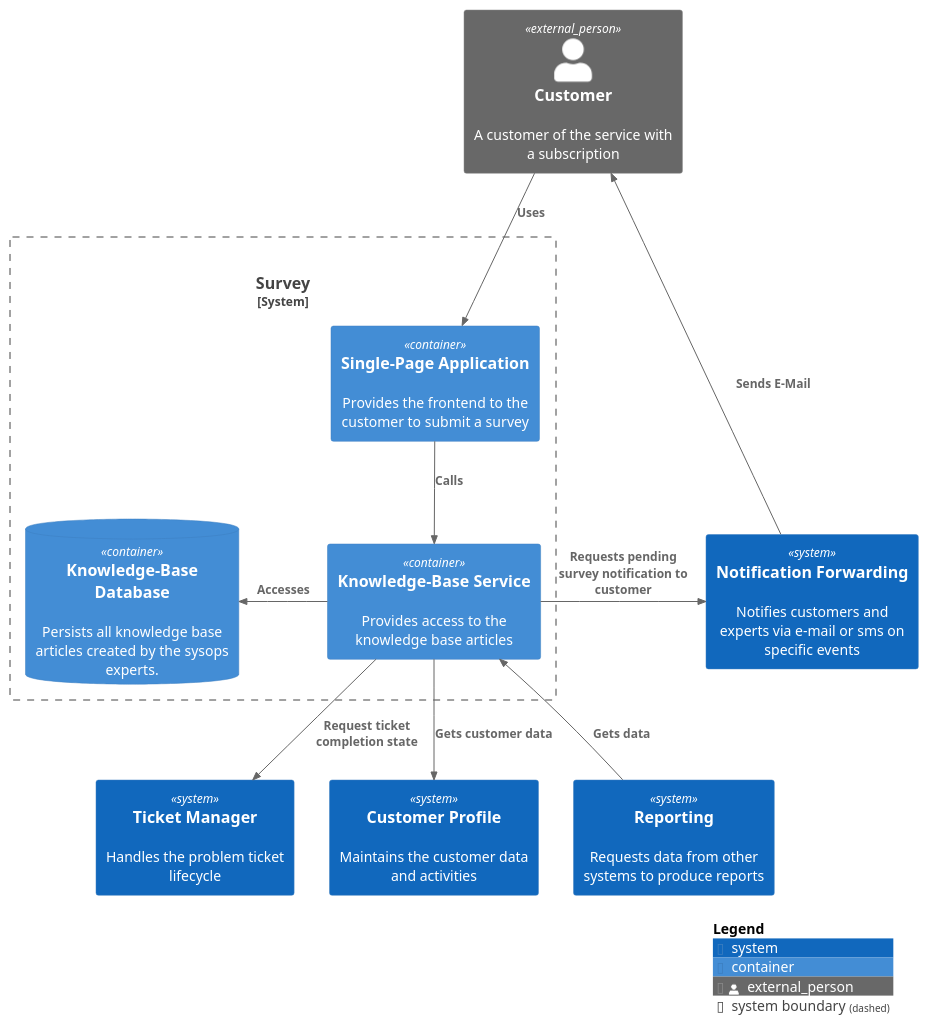
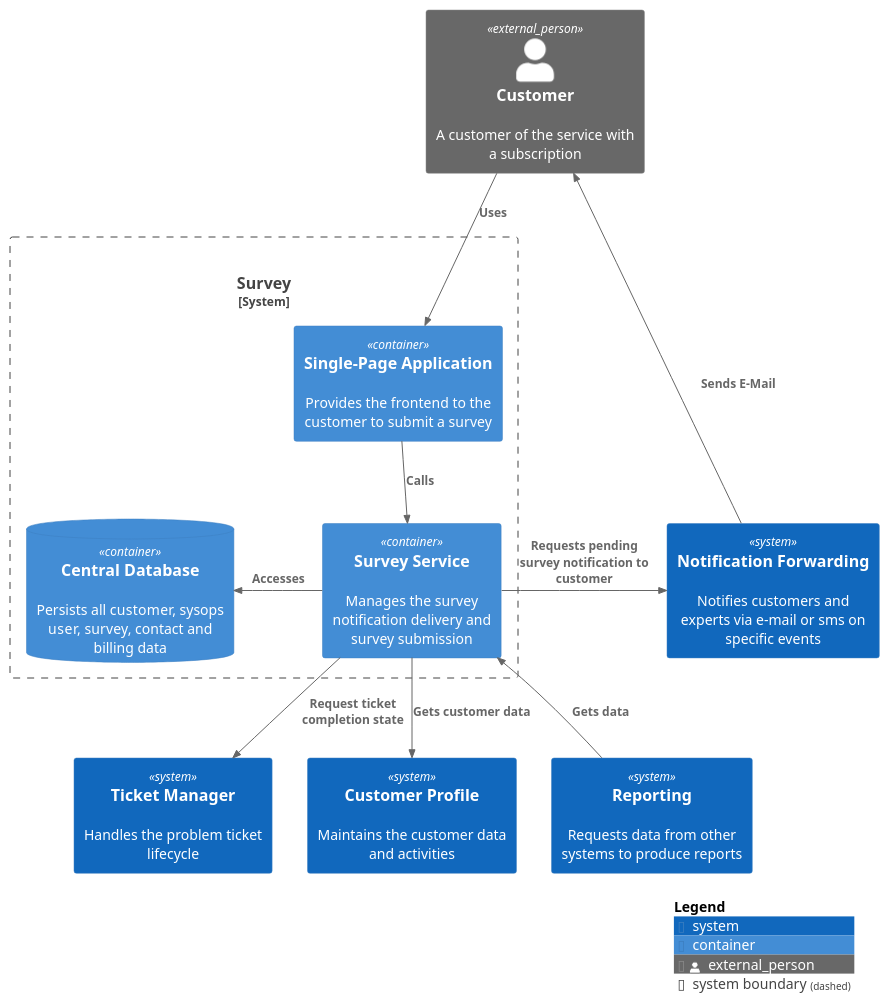
Before and after one commit to gantonopoulos/ganymed: the diagram in Doc/Diagrams/2. Containers/SurveySystem/SurveySystem.md, drawn with PlantUML. The commit also changed 1 other file, not shown here.

Commit message:
Corrects the survey system diagram

````diff
--- a/Doc/Diagrams/2. Containers/SurveySystem/SurveySystem.md
+++ b/Doc/Diagrams/2. Containers/SurveySystem/SurveySystem.md
@@ -3,32 +3,33 @@
 ```plantuml
 
 @startuml 
 !includeurl https://raw.githubusercontent.com/plantuml-stdlib/C4-PlantUML/v2.2.0/C4_Context.puml
 !includeurl https://raw.githubusercontent.com/plantuml-stdlib/C4-PlantUML/v2.2.0/C4_Container.puml
 !includeurl https://raw.githubusercontent.com/plantuml-stdlib/C4-PlantUML/v2.2.0/C4_Component.puml
 
 Person_Ext(customer, "Customer", "A customer of the service with a subscription")
 
 System(ticketManagement, "Ticket Manager", "Handles the problem ticket lifecycle")
 System(notificationForwarding, "Notification Forwarding", "Notifies customers and experts via e-mail or sms on specific events")
 System(customerProfile,"Customer Profile", "Maintains the customer data and activities")
 System(reporting, "Reporting","Requests data from other systems to produce reports")
 
 System_Boundary(surveySystem,"Survey"){
-    Container(knowledgeBaseManager, "Knowledge-Base Service", "", "Provides access to the knowledge base articles")
-    ContainerDb(knowledgeBaseDb, "Knowledge-Base Database", "", "Persists all knowledge base articles created by the sysops experts.")
+    Container(surveyManager, "Survey Service", "", "Manages the survey notification delivery and survey submission")
+    ContainerDb(centralDb, "Central Database", "", "Persists all customer, sysops user, survey, contact and billing data")
     Container(userApp, "Single-Page Application", "", "Provides the frontend to the customer to submit a survey")
 }
 
 Rel_D(customer, userApp, "Uses")
-Rel_D(userApp, knowledgeBaseManager, "Calls")
-Rel_L(knowledgeBaseManager, knowledgeBaseDb, "Accesses")
-Rel_D(knowledgeBaseManager, customerProfile, "Gets customer data")
-Rel_U(reporting, knowledgeBaseManager, "Gets data")
-Rel_D(knowledgeBaseManager, ticketManagement, "Request ticket completion state")
-Rel_R(knowledgeBaseManager, notificationForwarding, "Requests pending survey notification to customer")
+Rel_D(userApp, surveyManager, "Calls")
+Rel_L(surveyManager, centralDb, "Accesses")
+Rel_D(surveyManager, customerProfile, "Gets customer data")
+Rel_U(reporting, surveyManager, "Gets data")
+Rel_D(surveyManager, ticketManagement, "Request ticket completion state")
+Rel_R(surveyManager, notificationForwarding, "Requests pending survey notification to customer")
 Rel_U(notificationForwarding, customer, "Sends E-Mail")
+
 SHOW_LEGEND(false)
 @enduml
 
 ```
````
